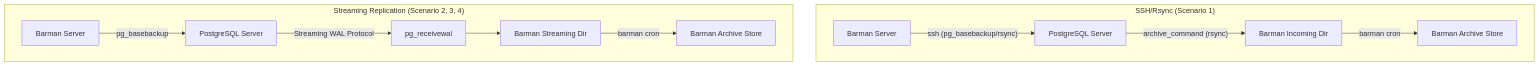
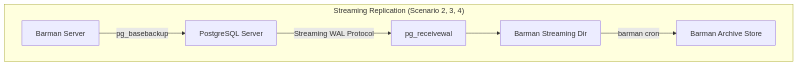
One commit to josmac69/barman_testing_lab changed the second of 2 diagrams in workshop_guide.md. Above: the diagram before and after it, drawn with Mermaid. The commit also changed 9 other files, not shown here.

````diff
--- a/workshop_guide.md
+++ b/workshop_guide.md
@@ -21,15 +30,9 @@
 ```mermaid
 graph TD
-    subgraph "SSH/Rsync (Scenario 1)"
-        PG1[PostgreSQL Server] -- archive_command (rsync) --> BM1[Barman Incoming Dir]
-        BM1 -- barman cron --> BM_WALS1[Barman Archive Store]
-        BM2[Barman Server] -- ssh (pg_basebackup/rsync) --> PG1
-    end
-
     subgraph "Streaming Replication (Scenario 2, 3, 4)"
         PG2[PostgreSQL Server] -- Streaming WAL Protocol --> PRW[pg_receivewal]
         PRW --> BM_STREAM[Barman Streaming Dir]
         BM_STREAM -- barman cron --> BM_WALS2[Barman Archive Store]
         BM_BASE[Barman Server] -- pg_basebackup --> PG2
     end
 ```
````
